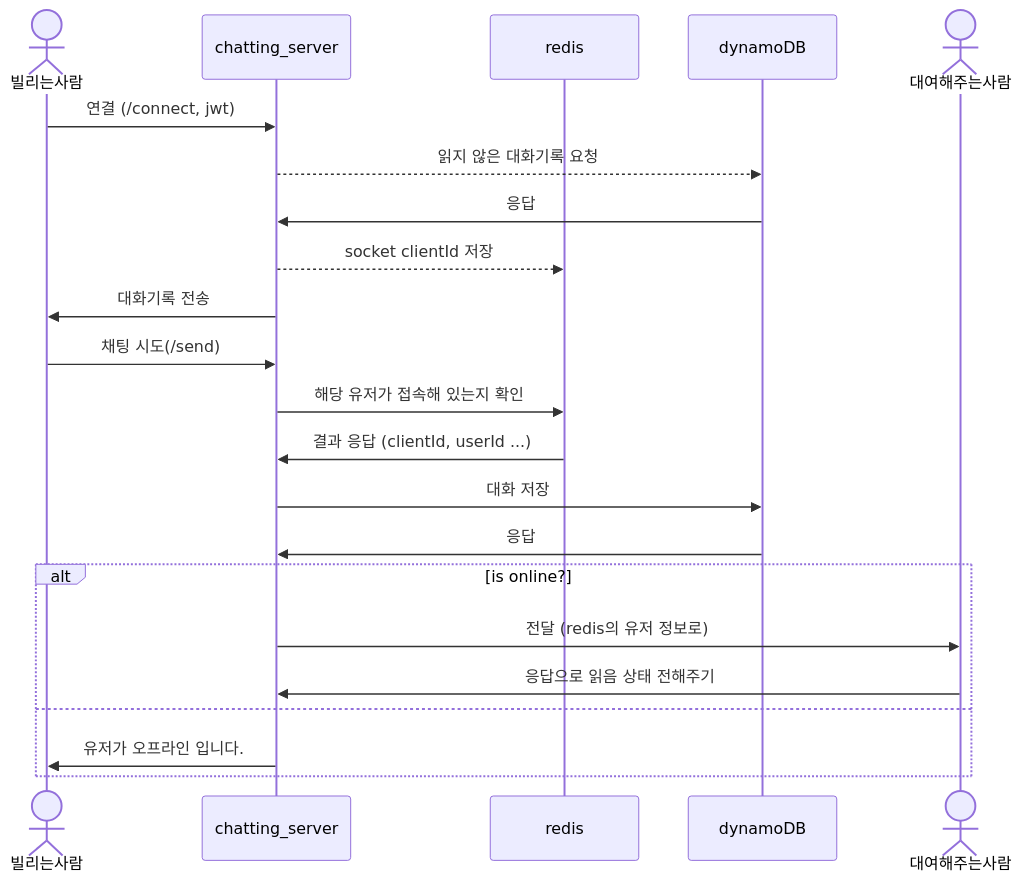
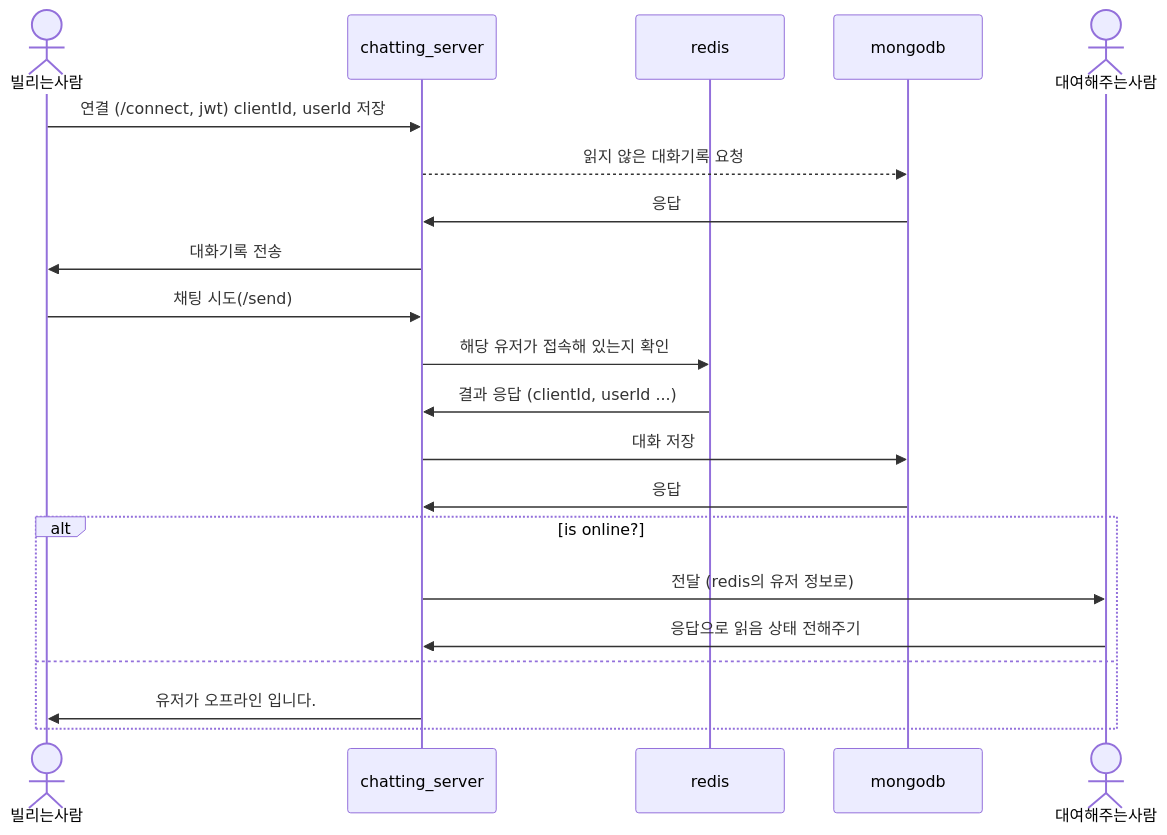
The diagram in README.md (jinheung90/book-rental-service-chat), drawn with Mermaid before and after one commit. The commit also changed other lines of this file and 1 other file, not shown here.

````diff
--- a/README.md
+++ b/README.md
@@ -3,27 +8,27 @@
 ```mermaid
 sequenceDiagram;
     actor borrower as 빌리는사람
     
     participant server as chatting_server
     participant redis as redis
-    participant dynamoDB as dynamoDB
+    participant mongodb as mongodb
     
     actor lender as 대여해주는사람
-    borrower ->> server: 연결 (/connect, jwt) 
-    server -->> dynamoDB: 읽지 않은 대화기록 요청
-    dynamoDB ->> server: 응답
-    server -->> redis: socket clientId 저장
+    
+    borrower ->> server: 연결 (/connect, jwt) clientId, userId 저장
+    server -->> mongodb: 읽지 않은 대화기록 요청
+    mongodb ->> server: 응답
     server ->> borrower: 대화기록 전송
     borrower ->> server: 채팅 시도(/send)
     server ->> redis: 해당 유저가 접속해 있는지 확인
     redis ->> server: 결과 응답 (clientId, userId ...)
-    server ->> dynamoDB: 대화 저장
-    dynamoDB ->> server: 응답
+    server ->> mongodb: 대화 저장
+    mongodb ->> server: 응답
     alt is online?
         server ->> lender: 전달 (redis의 유저 정보로)
         lender ->> server: 응답으로 읽음 상태 전해주기
     else
         server ->> borrower: 유저가 오프라인 입니다.
     end
     
 ```
````
